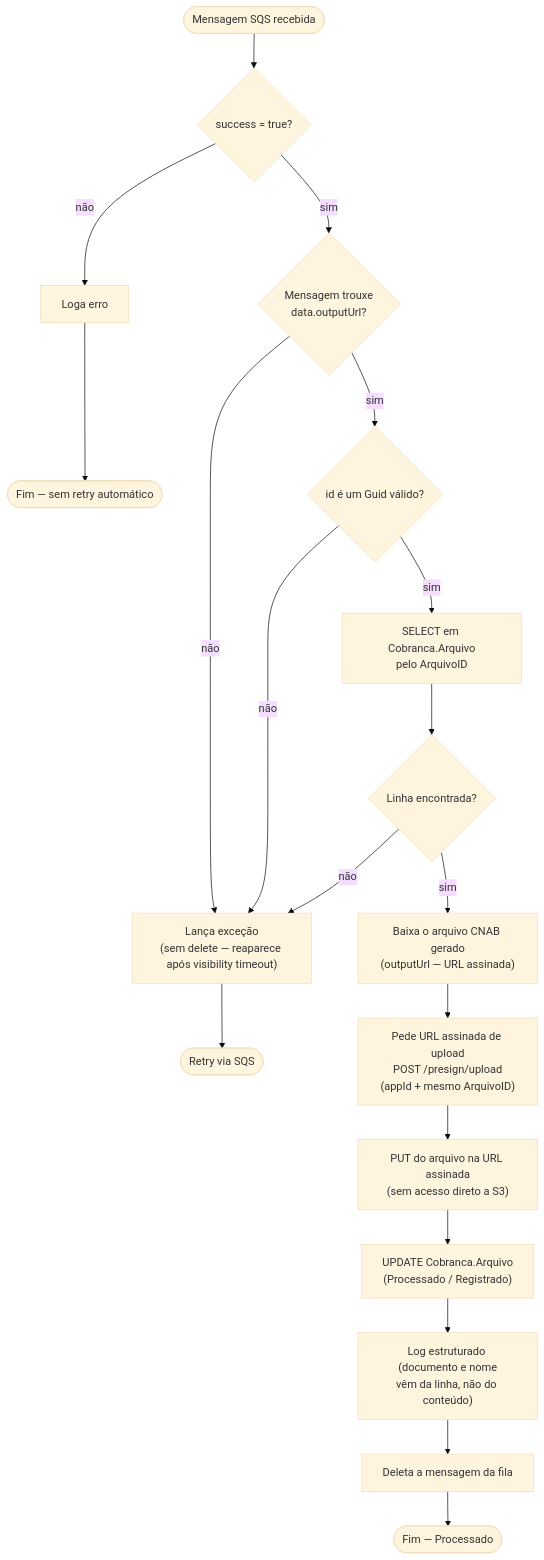
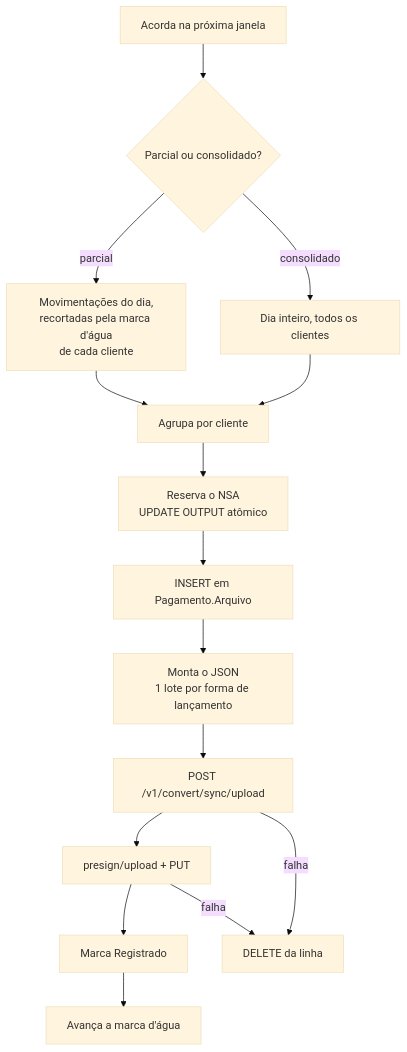
The second of 2 diagrams in docs/regras-de-negocio.md (danielbfr3/arquivo-retorno-worker), drawn with Mermaid (base theme) before and after one commit. The commit also changed other lines of this file and 108 other files, not shown here.

````diff
--- a/docs/regras-de-negocio.md
+++ b/docs/regras-de-negocio.md
@@ -189,18 +66,17 @@
 ```mermaid
 flowchart TD
-    A(["Mensagem SQS recebida"]) --> B{"success = true?"}
-    B -- "não" --> B1["Loga erro"] --> Z1(["Fim — sem retry automático"])
-    B -- "sim" --> C{"Mensagem trouxe<br/>data.outputUrl?"}
-    C -- "não" --> C1["Lança exceção<br/>(sem delete — reaparece após visibility timeout)"] --> Z2(["Retry via SQS"])
-    C -- "sim" --> D{"id é um Guid válido?"}
-    D -- "não" --> C1
-    D -- "sim" --> E["SELECT em Cobranca.Arquivo<br/>pelo ArquivoID"]
-    E --> F{"Linha encontrada?"}
-    F -- "não" --> C1
-    F -- "sim" --> G["Baixa o arquivo CNAB gerado<br/>(outputUrl — URL assinada)"]
-    G --> K["Pede URL assinada de upload<br/>POST /presign/upload<br/>(appId + mesmo ArquivoID)"]
-    K --> L["PUT do arquivo na URL assinada<br/>(sem acesso direto a S3)"]
-    L --> M["UPDATE Cobranca.Arquivo<br/>(Processado / Registrado)"]
-    M --> N["Log estruturado (documento e nome<br/>vêm da linha, não do conteúdo)"]
-    N --> O["Deleta a mensagem da fila"] --> Z3(["Fim — Processado"])
+    A[Acorda na próxima janela] --> B{Parcial ou consolidado?}
+    B -- parcial --> C[Movimentações do dia,<br/>recortadas pela marca d'água<br/>de cada cliente]
+    B -- consolidado --> D[Dia inteiro, todos os clientes]
+    C --> E[Agrupa por cliente]
+    D --> E
+    E --> F[Reserva o NSA<br/>UPDATE OUTPUT atômico]
+    F --> G[INSERT em Pagamento.Arquivo]
+    G --> H[Monta o JSON<br/>1 lote por forma de lançamento]
+    H --> I[POST /v1/convert/sync/upload]
+    I --> J[presign/upload + PUT]
+    J --> K[Marca Registrado]
+    K --> L[Avança a marca d'água]
+    I -- falha --> M[DELETE da linha]
+    J -- falha --> M
 ```
````
